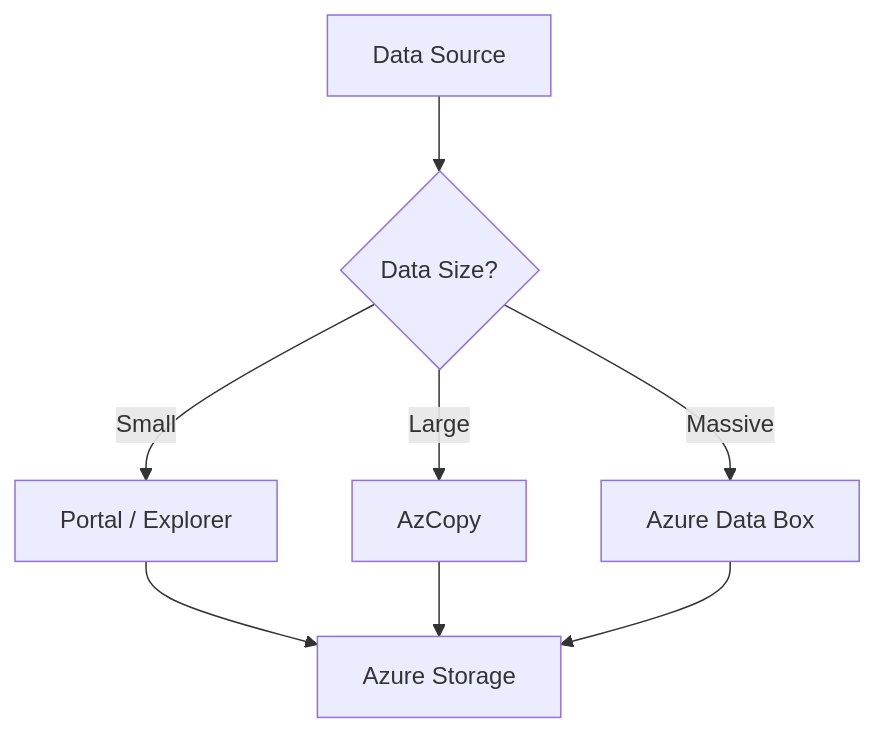
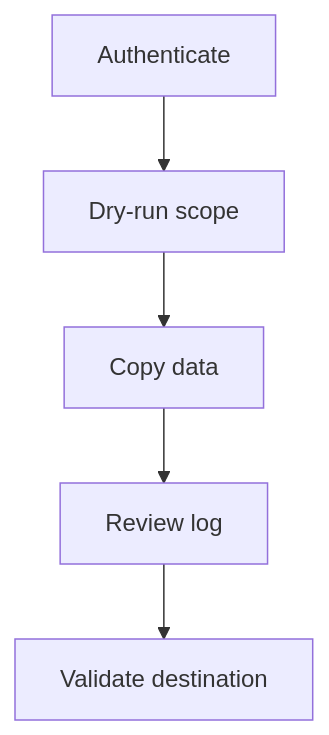
The diagram in docs/operations/azcopy-and-data-movement.md (yeongseon/azure-storage-practical-guide), drawn with Mermaid before and after one commit. The commit also changed other lines of this file and 90 other files, not shown here.

````diff
--- a/docs/operations/azcopy-and-data-movement.md
+++ b/docs/operations/azcopy-and-data-movement.md
@@ -25,10 +26,12 @@
 ```mermaid
-graph TD
-    A[Data Source] --> B{Data Size?}
-    B -->|Small| C[Portal / Explorer]
-    B -->|Large| D[AzCopy]
-    B -->|Massive| E[Azure Data Box]
-    C --> F[Azure Storage]
-    D --> F
-    E --> F
+flowchart TD
+    A[Authenticate]
+    B[Dry-run scope]
+    A --> B
+    C[Copy data]
+    B --> C
+    D[Review log]
+    C --> D
+    E[Validate destination]
+    D --> E
 ```
````
